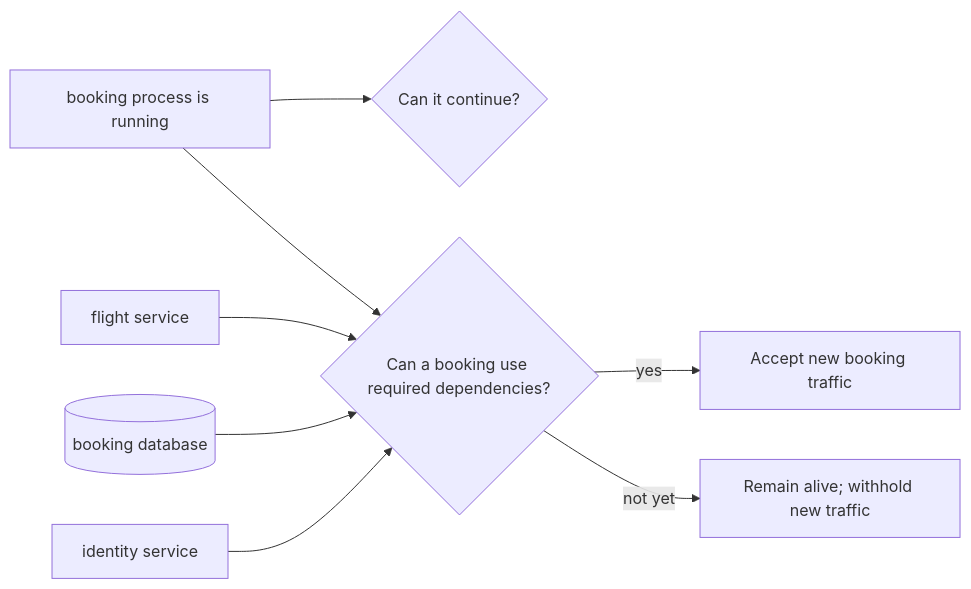
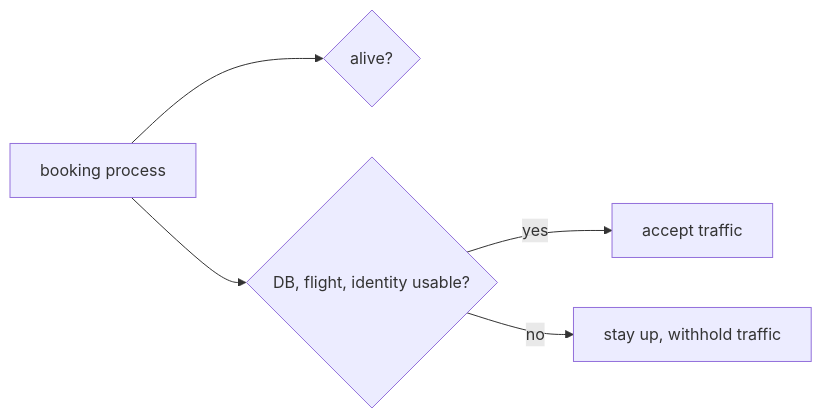
Before and after one commit to darshan-raul/apollo11-docs: the diagram in docs/learn/containers/state-and-dependencies.md, drawn with Mermaid. The commit also changed other lines of this file and 55 other files, not shown here.

````diff
--- a/docs/learn/containers/state-and-dependencies.md
+++ b/docs/learn/containers/state-and-dependencies.md
@@ -45,10 +35,7 @@
-~~~mermaid
+```mermaid
 flowchart LR
-  Process[booking process is running] --> Alive{Can it continue?}
-  Process --> Dependencies{Can a booking use required dependencies?}
-  Dependencies -->|yes| Ready[Accept new booking traffic]
-  Dependencies -->|not yet| Wait[Remain alive; withhold new traffic]
-  Flight[flight service] --> Dependencies
-  DB[(booking database)] --> Dependencies
-  Identity[identity service] --> Dependencies
-~~~
+  P[booking process] --> A{alive?}
+  P --> D{DB, flight, identity usable?}
+  D -->|yes| R[accept traffic]
+  D -->|no| W[stay up, withhold traffic]
+```
````
